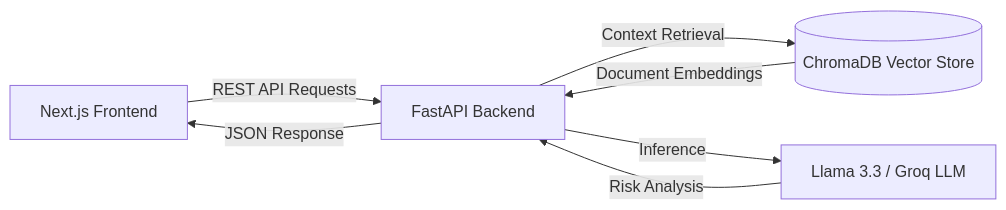
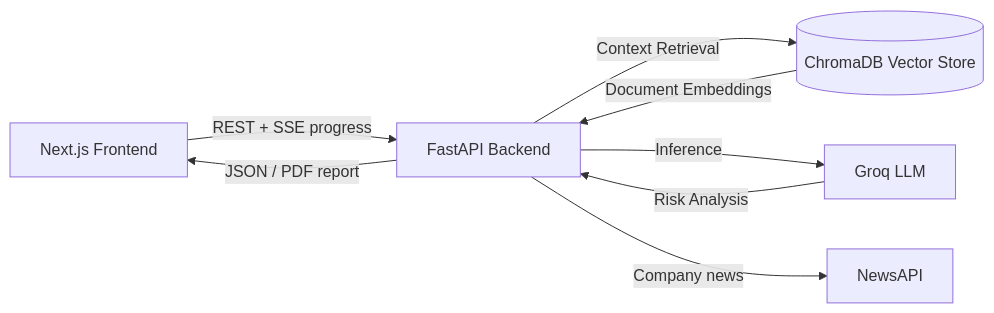
Before and after one commit to sarvesh-raam/ARIA: the diagram in README.md, drawn with Mermaid. The commit also changed other lines of this file and 2 other files, not shown here.

````diff
--- a/README.md
+++ b/README.md
@@ -39,9 +38,10 @@
 ```mermaid
 graph LR
-    A[Next.js Frontend] -->|REST API Requests| B[FastAPI Backend]
+    A[Next.js Frontend] -->|REST + SSE progress| B[FastAPI Backend]
     B -->|Context Retrieval| C[(ChromaDB Vector Store)]
-    B -->|Inference| D[Llama 3.3 / Groq LLM]
+    B -->|Inference| D[Groq LLM]
+    B -->|Company news| E[NewsAPI]
     C -->|Document Embeddings| B
     D -->|Risk Analysis| B
-    B -->|JSON Response| A
+    B -->|JSON / PDF report| A
 ```
````
